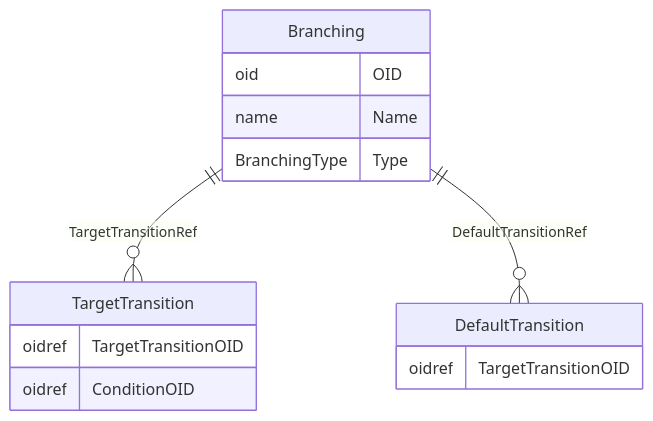
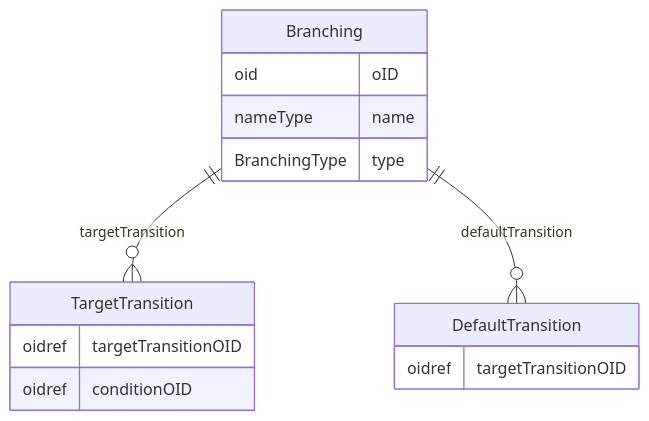
Before and after one commit to cdisc-org/DataExchange-ODM-LinkML: the diagram in docs/Branching.md, drawn with Mermaid. The commit also changed other lines of this file and 759 other files, not shown here.

````diff
--- a/docs/Branching.md
+++ b/docs/Branching.md
@@ -11,19 +11,19 @@
 ```mermaid
 erDiagram
 Branching {
-    oid OID  
-    name Name  
-    BranchingType Type  
+    oid oID  
+    nameType name  
+    BranchingType type  
 }
 DefaultTransition {
-    oidref TargetTransitionOID  
+    oidref targetTransitionOID  
 }
 TargetTransition {
-    oidref TargetTransitionOID  
-    oidref ConditionOID  
+    oidref targetTransitionOID  
+    oidref conditionOID  
 }
 
-Branching ||--}o TargetTransition : "TargetTransitionRef"
-Branching ||--}o DefaultTransition : "DefaultTransitionRef"
+Branching ||--}o TargetTransition : "targetTransition"
+Branching ||--}o DefaultTransition : "defaultTransition"
 
 ```
````
